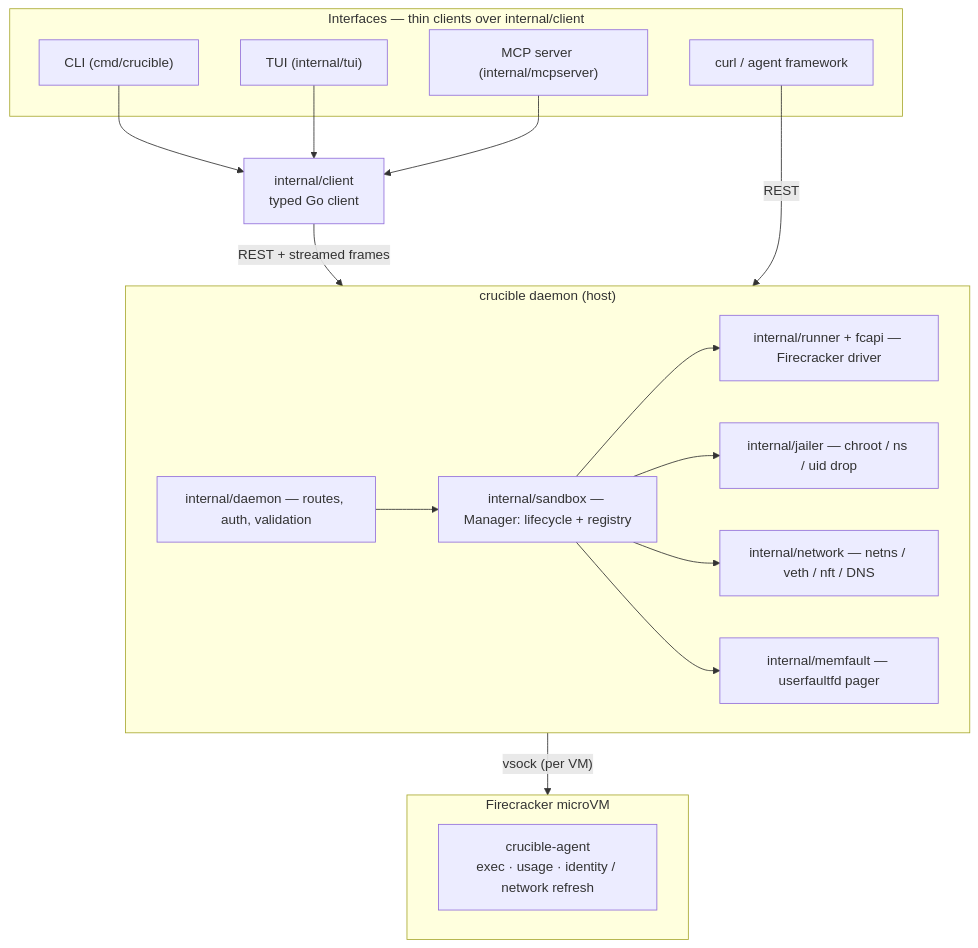
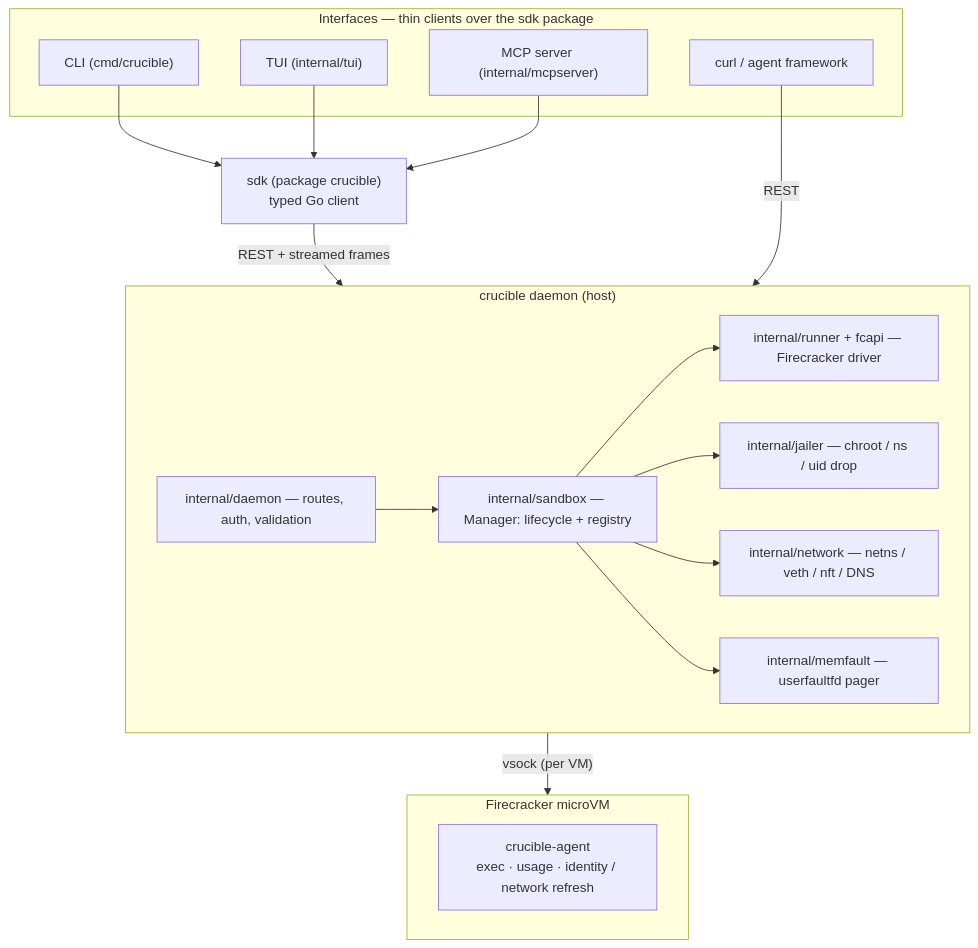
Before and after one commit to gnana997/crucible: the first of 2 diagrams in docs/architecture.md, drawn with Mermaid. The commit also changed other lines of this file and 61 other files, not shown here.

First line of the commit message:
feat(sdk): add client tests for sandbox operations and error handling

````diff
--- a/docs/architecture.md
+++ b/docs/architecture.md
@@ -16,34 +16,34 @@
 ```mermaid
 flowchart TD
-    subgraph clients["Interfaces — thin clients over internal/client"]
+    subgraph clients["Interfaces — thin clients over the sdk package"]
         cli["CLI (cmd/crucible)"]
         tui["TUI (internal/tui)"]
         mcp["MCP server (internal/mcpserver)"]
         raw["curl / agent framework"]
     end
-    cli --> client["internal/client<br/>typed Go client"]
+    cli --> client["sdk (package crucible)<br/>typed Go client"]
     tui --> client
     mcp --> client
     client -- "REST + streamed frames" --> daemon
     raw -- "REST" --> daemon
 
     subgraph daemon["crucible daemon (host)"]
         routes["internal/daemon — routes, auth, validation"]
         mgr["internal/sandbox — Manager: lifecycle + registry"]
         runner["internal/runner + fcapi — Firecracker driver"]
         jailer["internal/jailer — chroot / ns / uid drop"]
         net["internal/network — netns / veth / nft / DNS"]
         uffd["internal/memfault — userfaultfd pager"]
         routes --> mgr
         mgr --> runner
         mgr --> jailer
         mgr --> net
         mgr --> uffd
     end
 
     daemon -- "vsock (per VM)" --> vm
 
     subgraph vm["Firecracker microVM"]
         agent["crucible-agent<br/>exec · usage · identity / network refresh"]
     end
 ```
````
